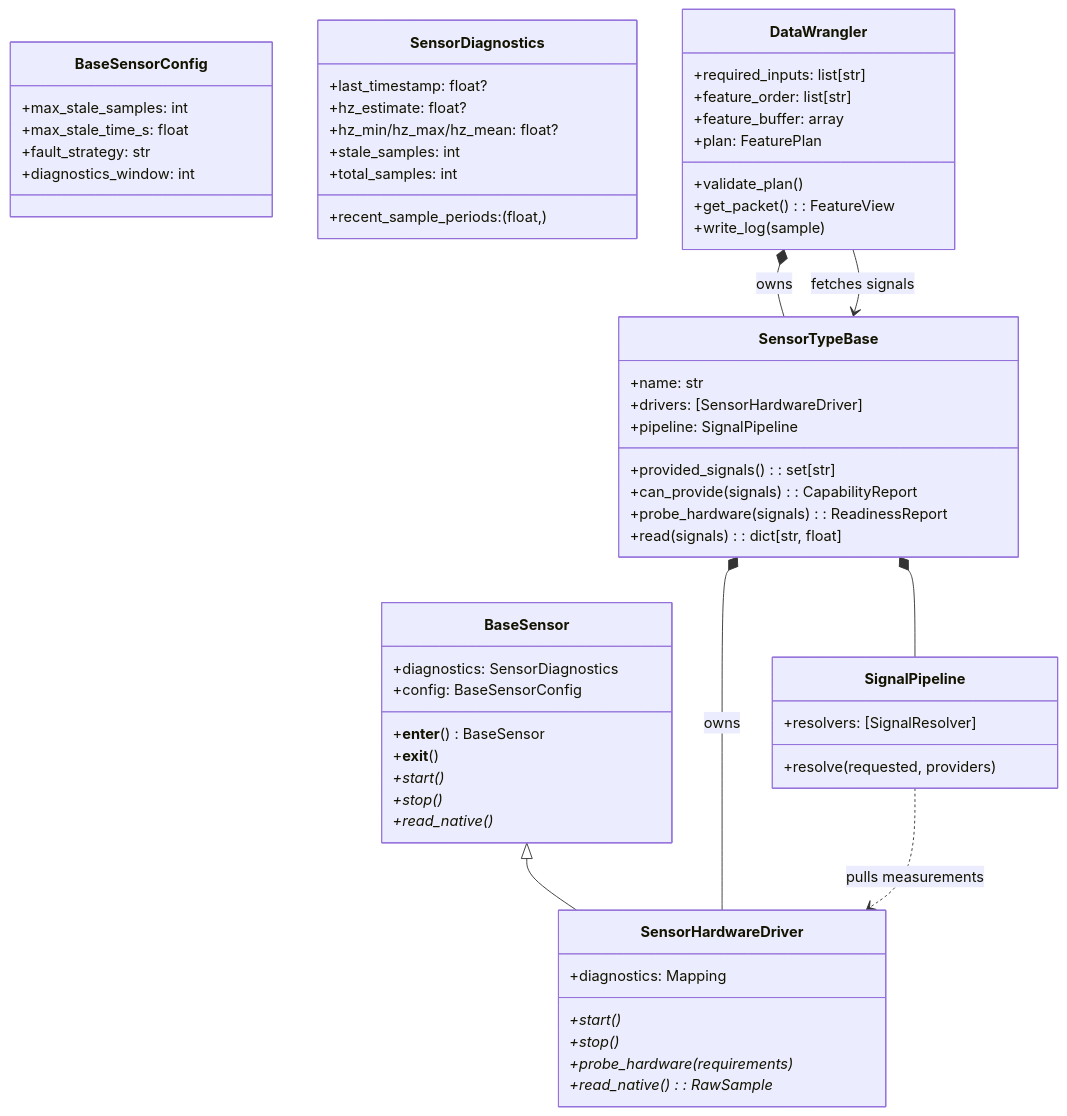
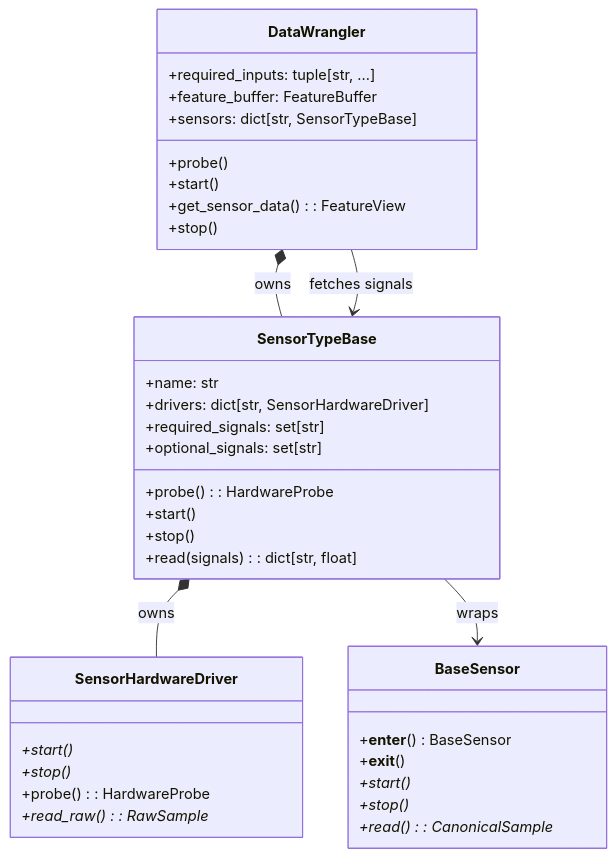
One commit to jmontp/raspberry-pi-controller-runtime changed the fifth of 6 diagrams in docs/architecture.md. Above: the diagram before and after it, drawn with Mermaid. The commit also changed other lines of this file and 2 other files, not shown here.

Commit message:
Architecture document settled, going to start implementing now

````diff
--- a/docs/architecture.md
+++ b/docs/architecture.md
@@ -324,62 +283,40 @@
 ```mermaid
 classDiagram
-    class BaseSensorConfig {
-      +max_stale_samples: int
-      +max_stale_time_s: float
-      +fault_strategy: str
-      +diagnostics_window: int
-    }
-    class SensorDiagnostics {
-      +last_timestamp: float?
-      +hz_estimate: float?
-      +hz_min/hz_max/hz_mean: float?
-      +stale_samples: int
-      +total_samples: int
-      +recent_sample_periods: (float,)
-    }
     class BaseSensor {
       +__enter__() BaseSensor
       +__exit__()
       +start()*
       +stop()*
-      +read_native()*
-      +diagnostics: SensorDiagnostics
-      +config: BaseSensorConfig
-    }
-    class SensorTypeBase {
-      +name: str
-      +drivers: [SensorHardwareDriver]
-      +pipeline: SignalPipeline
-      +provided_signals(): set[str]
-      +can_provide(signals): CapabilityReport
-      +probe_hardware(signals): ReadinessReport
-      +read(signals): dict[str, float]
+      +read(): CanonicalSample*
     }
     class SensorHardwareDriver {
       +start()*
       +stop()*
-      +probe_hardware(requirements)*
-      +read_native(): RawSample*
-      +diagnostics: Mapping
+      +probe(): HardwareProbe
+      +read_raw(): RawSample*
     }
-    class SignalPipeline {
-      +resolvers: [SignalResolver]
-      +resolve(requested, providers)
+    class SensorTypeBase {
+      +name: str
+      +drivers: dict[str, SensorHardwareDriver]
+      +required_signals: set[str]
+      +optional_signals: set[str]
+      +probe(): HardwareProbe
+      +start()
+      +stop()
+      +read(signals): dict[str, float]
     }
     class DataWrangler {
-      +required_inputs: list[str]
-      +feature_order: list[str]
-      +feature_buffer: array
-      +plan: FeaturePlan
-      +validate_plan()
-      +get_packet(): FeatureView
-      +write_log(sample)
+      +required_inputs: tuple[str, ...]
+      +feature_buffer: FeatureBuffer
+      +sensors: dict[str, SensorTypeBase]
+      +probe()
+      +start()
+      +get_sensor_data(): FeatureView
+      +stop()
     }
 
-    BaseSensor <|-- SensorHardwareDriver
     SensorTypeBase *-- SensorHardwareDriver : owns
-    SensorTypeBase *-- SignalPipeline
-    SignalPipeline ..> SensorHardwareDriver : pulls measurements
+    SensorTypeBase --> BaseSensor : wraps
     DataWrangler *-- SensorTypeBase : owns
     DataWrangler --> SensorTypeBase : fetches signals
 ```
````
